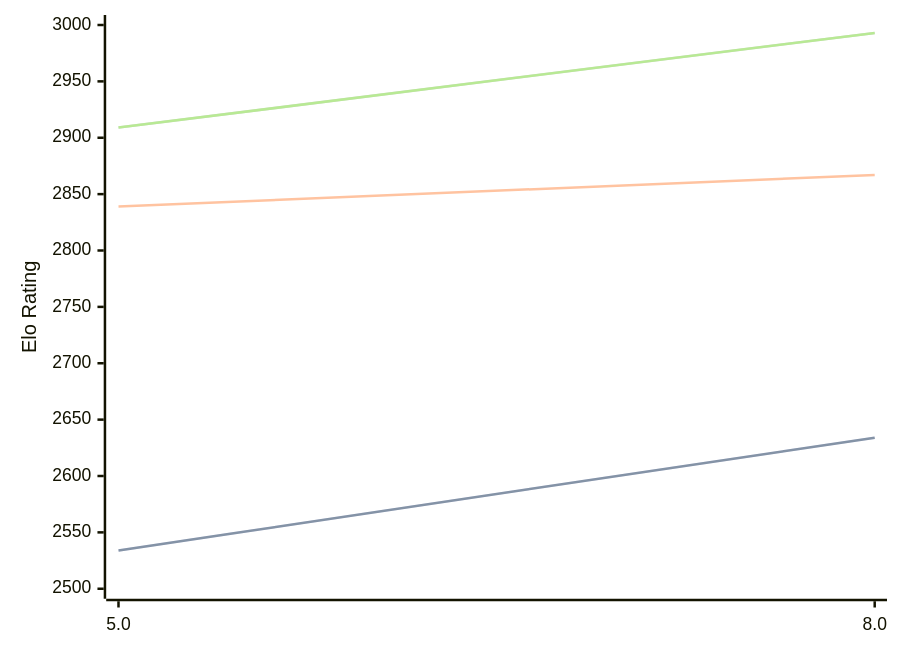
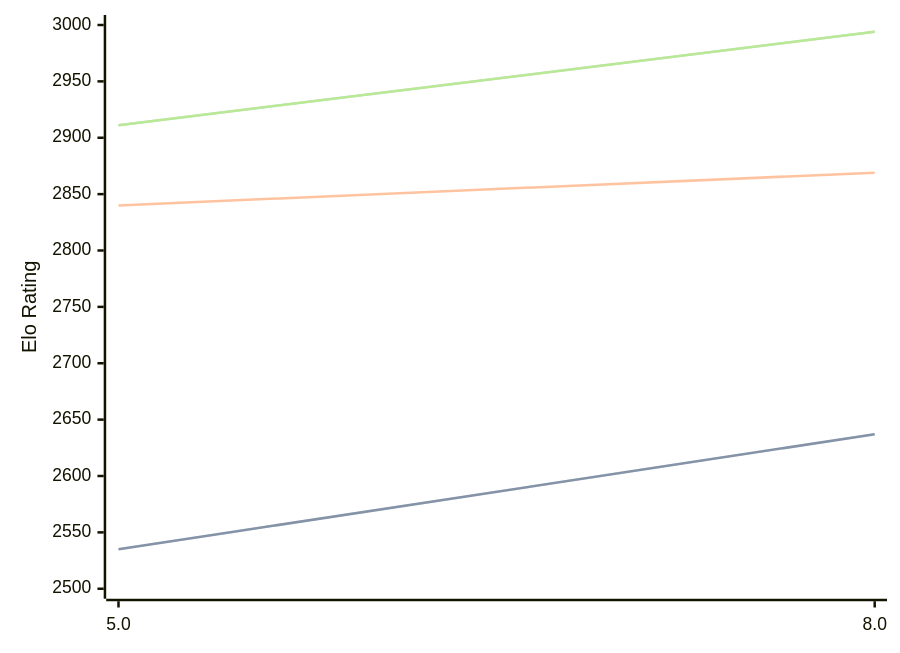
Before and after one commit to computer-chess-index/cci: the diagram in engines/4kc.md, drawn with Mermaid. The commit also changed other lines of this file, not shown here.

Commit message:
Update CCI Ratings (ELO VLTC) - 2026-05-16

````diff
--- a/engines/4kc.md
+++ b/engines/4kc.md
@@ -41,11 +41,11 @@
 ```mermaid
 %%{init: {"theme":"base","themeVariables":{"seriesColors:['#a3a3a3','#222221','#faa371']}}}%%
 xychart-beta
   x-axis ["5.0", "8.0"]
   y-axis "Elo Rating" 2500 --> 3000
-  line "STC (8.0+0.08s)" [2534, 2634]
-  line "STC (8.0+0.08s)" [2534, 2634]
-  line "LTC (60.0+0.60s)" [2839, 2867]
-  line "VLTC (2m24s+1.12s)" [2909, 2993]
-  line "VLTC (2m24s+1.12s)" [2909, 2993]
+  line "STC (8.0+0.08s)" [2535, 2637]
+  line "STC (8.0+0.08s)" [2535, 2637]
+  line "LTC (60.0+0.60s)" [2840, 2869]
+  line "VLTC (2m24s+1.12s)" [2911, 2994]
+  line "VLTC (2m24s+1.12s)" [2911, 2994]
 ```
````
